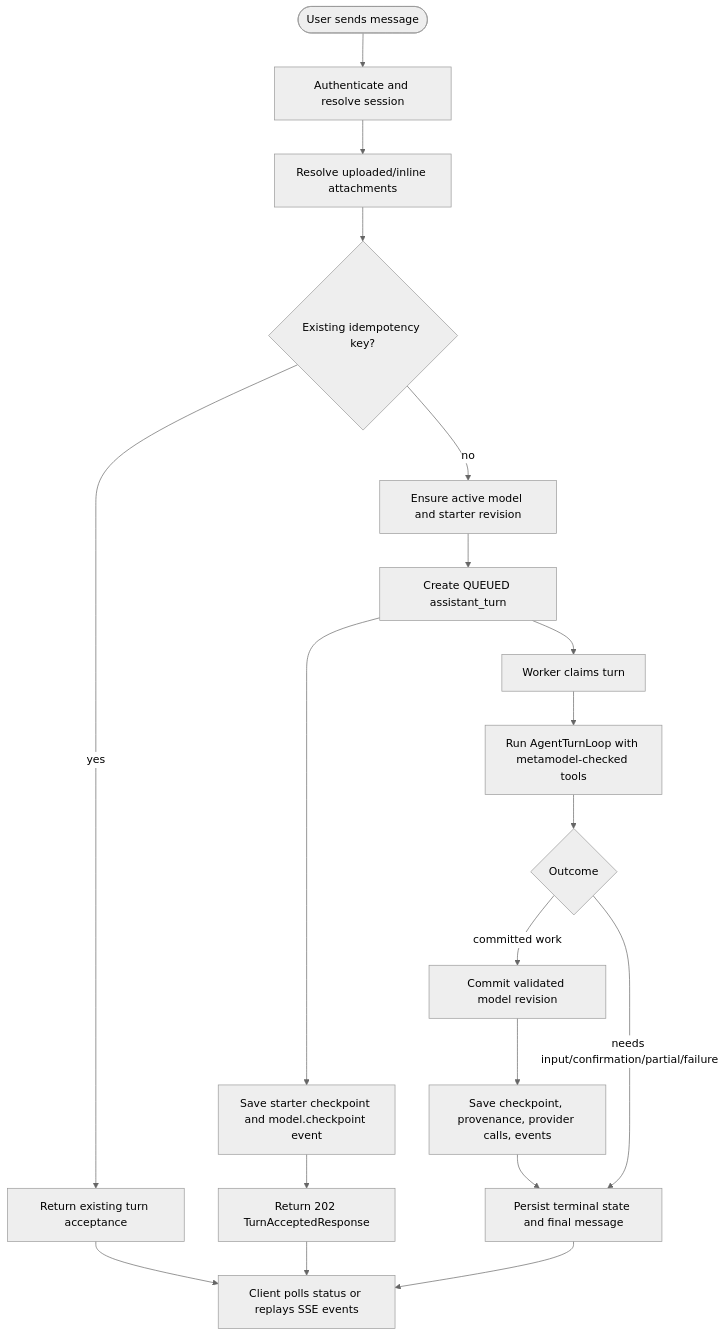
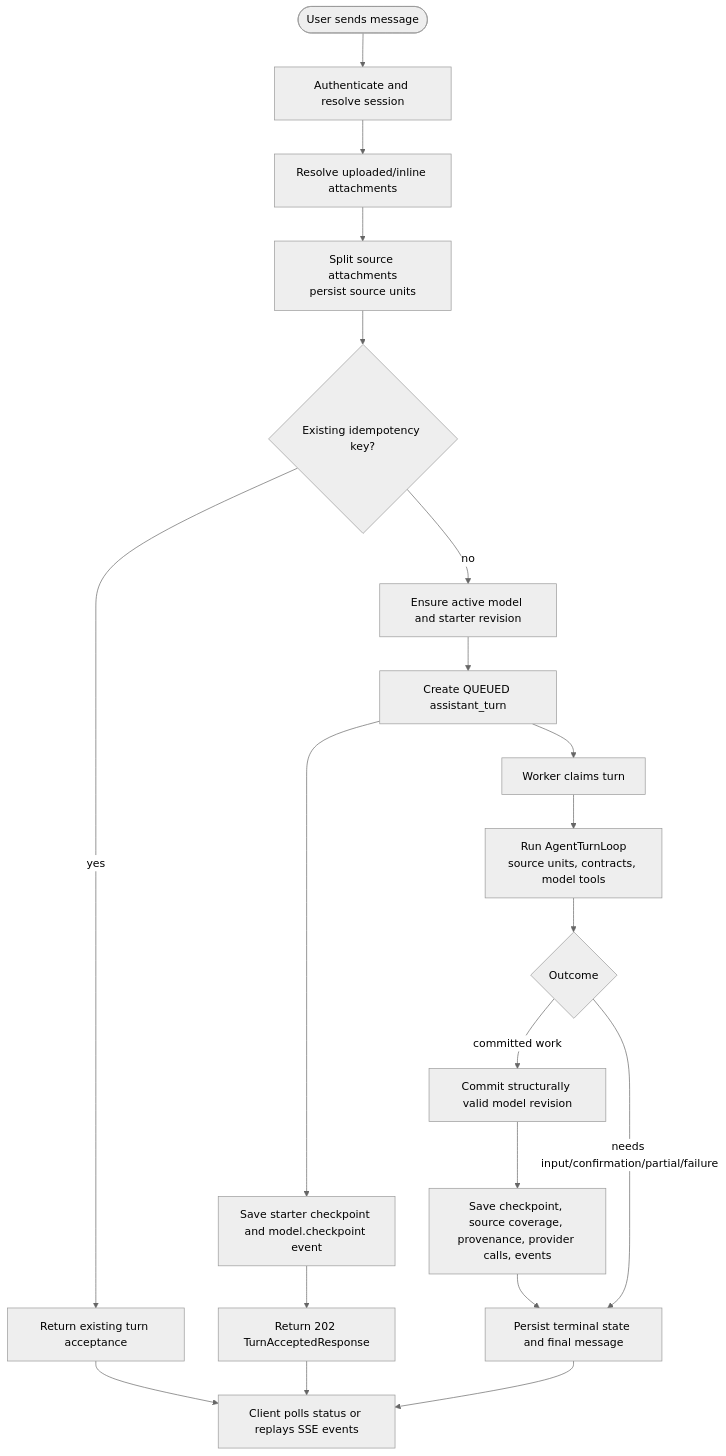
One commit to mehdieidi/modriss changed the first of 4 diagrams in docs/diagrams/15-ai-assistant-turn-and-proposal.md. Above: the diagram before and after it, drawn with Mermaid (neutral theme). The commit also changed other lines of this file and 44 other files, not shown here.

First line of the commit message:
feat(ai): enhance tests and functionality for agent actions and model services

````diff
--- a/docs/diagrams/15-ai-assistant-turn-and-proposal.md
+++ b/docs/diagrams/15-ai-assistant-turn-and-proposal.md
@@ -5,27 +5,28 @@
 ```mermaid
 flowchart TD
     start([User sends message])
     auth["Authenticate and resolve session"]
     attach["Resolve uploaded/inline attachments"]
+    source["Split source attachments<br/>persist source units"]
     idem{"Existing idempotency key?"}
     existing["Return existing turn acceptance"]
     ensure["Ensure active model and starter revision"]
     create["Create QUEUED assistant_turn"]
     checkpoint["Save starter checkpoint and model.checkpoint event"]
     accepted["Return 202 TurnAcceptedResponse"]
     claim["Worker claims turn"]
-    run["Run AgentTurnLoop with metamodel-checked tools"]
+    run["Run AgentTurnLoop<br/>source units, contracts, model tools"]
     state{"Outcome"}
-    commit["Commit validated model revision"]
-    saveCheckpoint["Save checkpoint, provenance, provider calls, events"]
+    commit["Commit structurally valid model revision"]
+    saveCheckpoint["Save checkpoint, source coverage, provenance, provider calls, events"]
     terminal["Persist terminal state and final message"]
     controls["Client polls status or replays SSE events"]
 
-    start --> auth --> attach --> idem
+    start --> auth --> attach --> source --> idem
     idem -- yes --> existing --> controls
     idem -- no --> ensure --> create --> checkpoint --> accepted --> controls
     create --> claim --> run --> state
     state -- committed work --> commit --> saveCheckpoint --> terminal
     state -- needs input/confirmation/partial/failure --> terminal
     terminal --> controls
 ```
````
